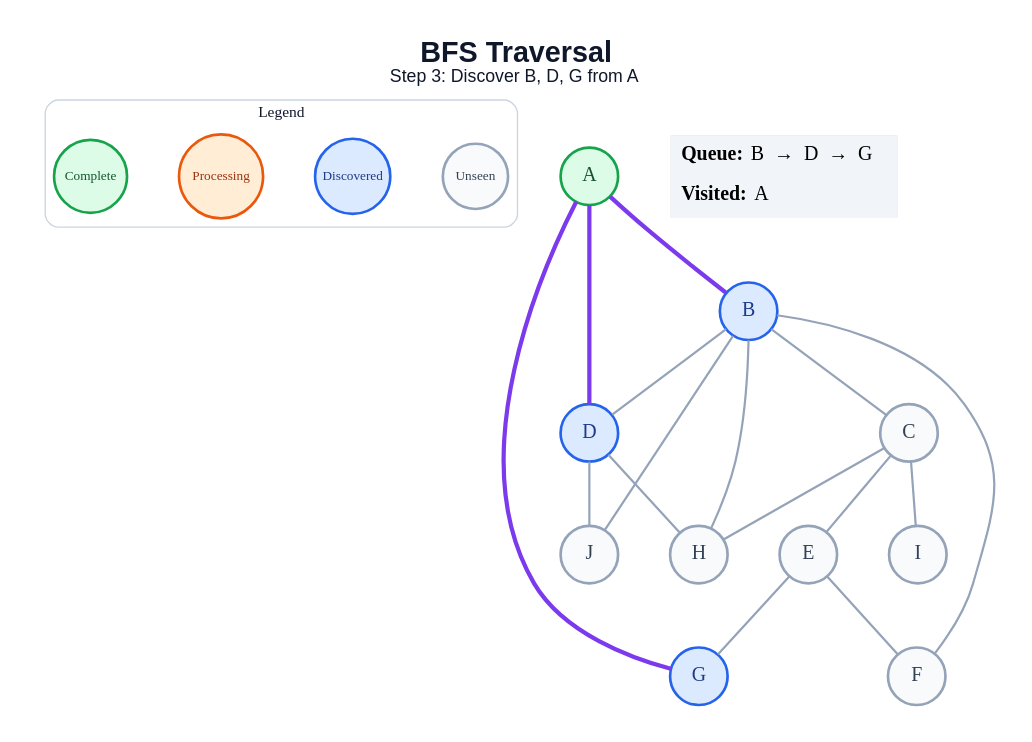
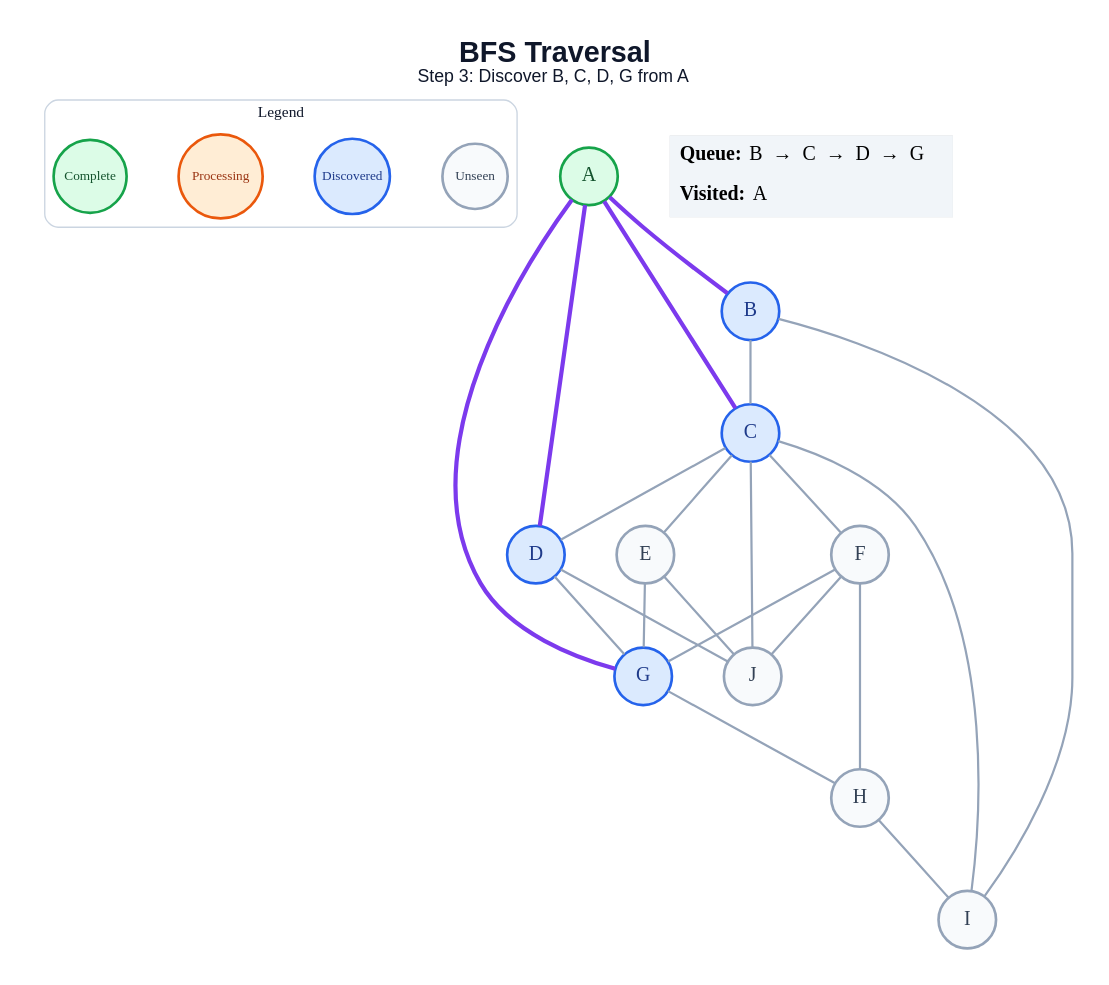
The diagram in generated/bfs/step_03.dot (amanghodawala9/ai-slop), drawn with Graphviz before and after one commit. The commit also changed 178 other files, not shown here.

```diff
--- a/generated/bfs/step_03.dot
+++ b/generated/bfs/step_03.dot
@@ -1,44 +1,49 @@
 graph traversal {
   graph [layout=dot, rankdir=TB, bgcolor="#FFFFFF", pad="0.35", nodesep="0.65", ranksep="0.8", fontname="Arial"];
   node [shape=circle, style="filled", fontname="Arial Bold", fontsize=18, width=0.72, fixedsize=true, penwidth=2.4];
   edge [color="#94A3B8", penwidth=2.0];
-  label=<<B>BFS Traversal</B><BR/><FONT POINT-SIZE="16">Step 3: Discover B, D, G from A</FONT>>; labelloc="t"; fontsize=26; fontname="Arial"; fontcolor="#0F172A";
+  label=<<B>BFS Traversal</B><BR/><FONT POINT-SIZE="16">Step 3: Discover B, C, D, G from A</FONT>>; labelloc="t"; fontsize=26; fontname="Arial"; fontcolor="#0F172A";
   subgraph cluster_legend { label="Legend"; color="#CBD5E1"; penwidth=1.2; style="rounded"; fontsize=14; fontname="Arial Bold";
     key_unseen [label="Unseen", fillcolor="#F8FAFC", color="#94A3B8", fontcolor="#334155", fontsize=12, width=0.82];
     key_frontier [label="Discovered", fillcolor="#DBEAFE", color="#2563EB", fontcolor="#1E3A8A", fontsize=12, width=0.95];
     key_current [label="Processing", fillcolor="#FFEDD5", color="#EA580C", fontcolor="#9A3412", fontsize=12, width=1.05];
     key_done [label="Complete", fillcolor="#DCFCE7", color="#16A34A", fontcolor="#14532D", fontsize=12, width=0.92];
     { rank=same; key_unseen; key_frontier; key_current; key_done; }
   }
   A [fillcolor="#DCFCE7", color="#16A34A", fontcolor="#14532D"];
   B [fillcolor="#DBEAFE", color="#2563EB", fontcolor="#1E3A8A"];
-  C [fillcolor="#F8FAFC", color="#94A3B8", fontcolor="#334155"];
+  C [fillcolor="#DBEAFE", color="#2563EB", fontcolor="#1E3A8A"];
   D [fillcolor="#DBEAFE", color="#2563EB", fontcolor="#1E3A8A"];
   E [fillcolor="#F8FAFC", color="#94A3B8", fontcolor="#334155"];
   F [fillcolor="#F8FAFC", color="#94A3B8", fontcolor="#334155"];
   G [fillcolor="#DBEAFE", color="#2563EB", fontcolor="#1E3A8A"];
   H [fillcolor="#F8FAFC", color="#94A3B8", fontcolor="#334155"];
   I [fillcolor="#F8FAFC", color="#94A3B8", fontcolor="#334155"];
   J [fillcolor="#F8FAFC", color="#94A3B8", fontcolor="#334155"];
   A -- B [color="#7C3AED", penwidth=3.8];
+  A -- C [color="#7C3AED", penwidth=3.8];
   A -- D [color="#7C3AED", penwidth=3.8];
   A -- G [color="#7C3AED", penwidth=3.8];
   B -- C;
-  B -- D;
-  B -- F;
-  B -- H;
-  B -- J;
+  B -- I;
+  C -- D;
   C -- E;
-  C -- H;
+  C -- F;
   C -- I;
-  D -- H;
+  C -- J;
+  D -- G;
   D -- J;
-  E -- F;
   E -- G;
+  E -- J;
+  F -- G;
+  F -- H;
+  F -- J;
+  G -- H;
+  H -- I;
   status [shape=plain, fixedsize=false, width=0, height=0, margin=0, label=<
     <TABLE BORDER="0" CELLBORDER="0" CELLPADDING="7" BGCOLOR="#F1F5F9">
-      <TR><TD ALIGN="LEFT"><B>Queue:</B> B  →  D  →  G</TD></TR>
+      <TR><TD ALIGN="LEFT"><B>Queue:</B> B  →  C  →  D  →  G</TD></TR>
       <TR><TD ALIGN="LEFT"><B>Visited:</B> A</TD></TR>
     </TABLE>
   >];
 }
```
